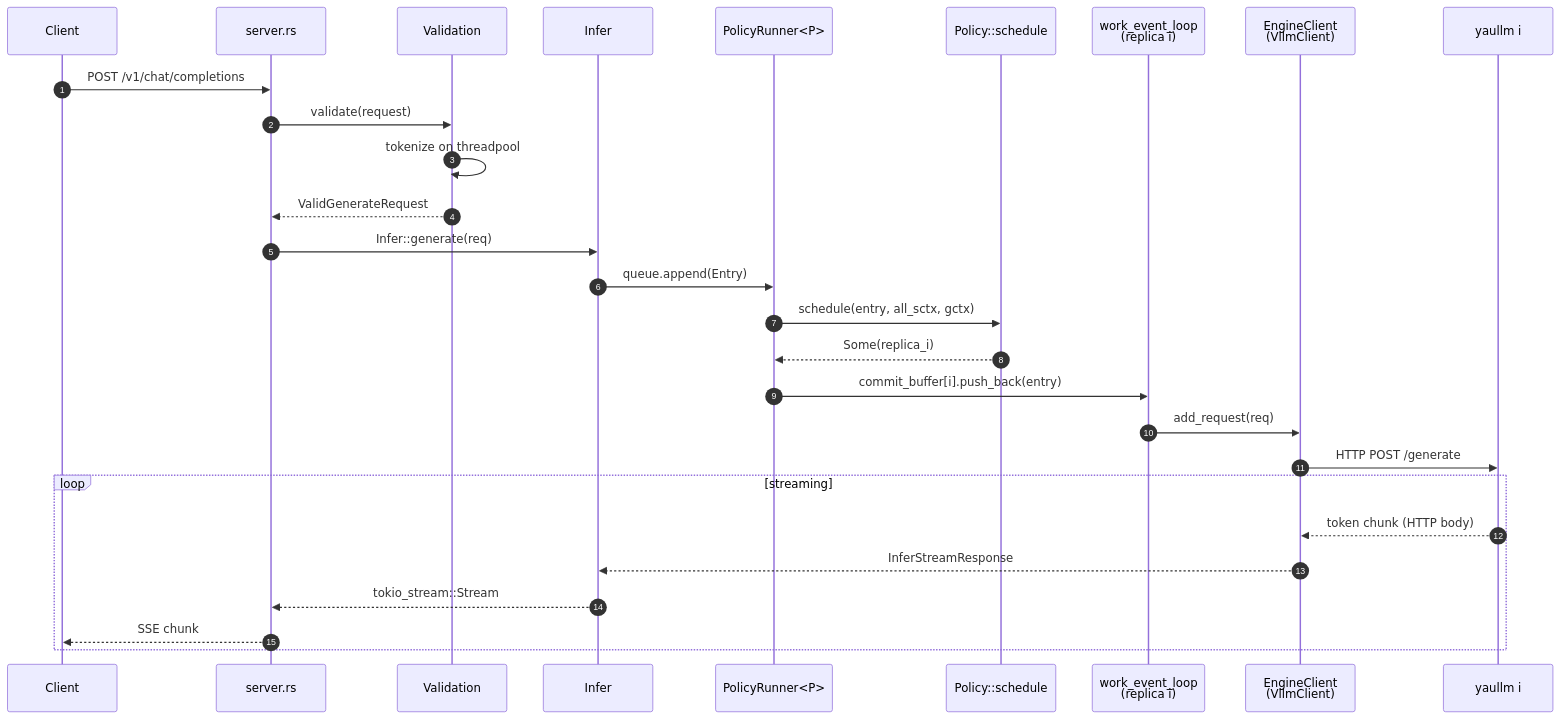
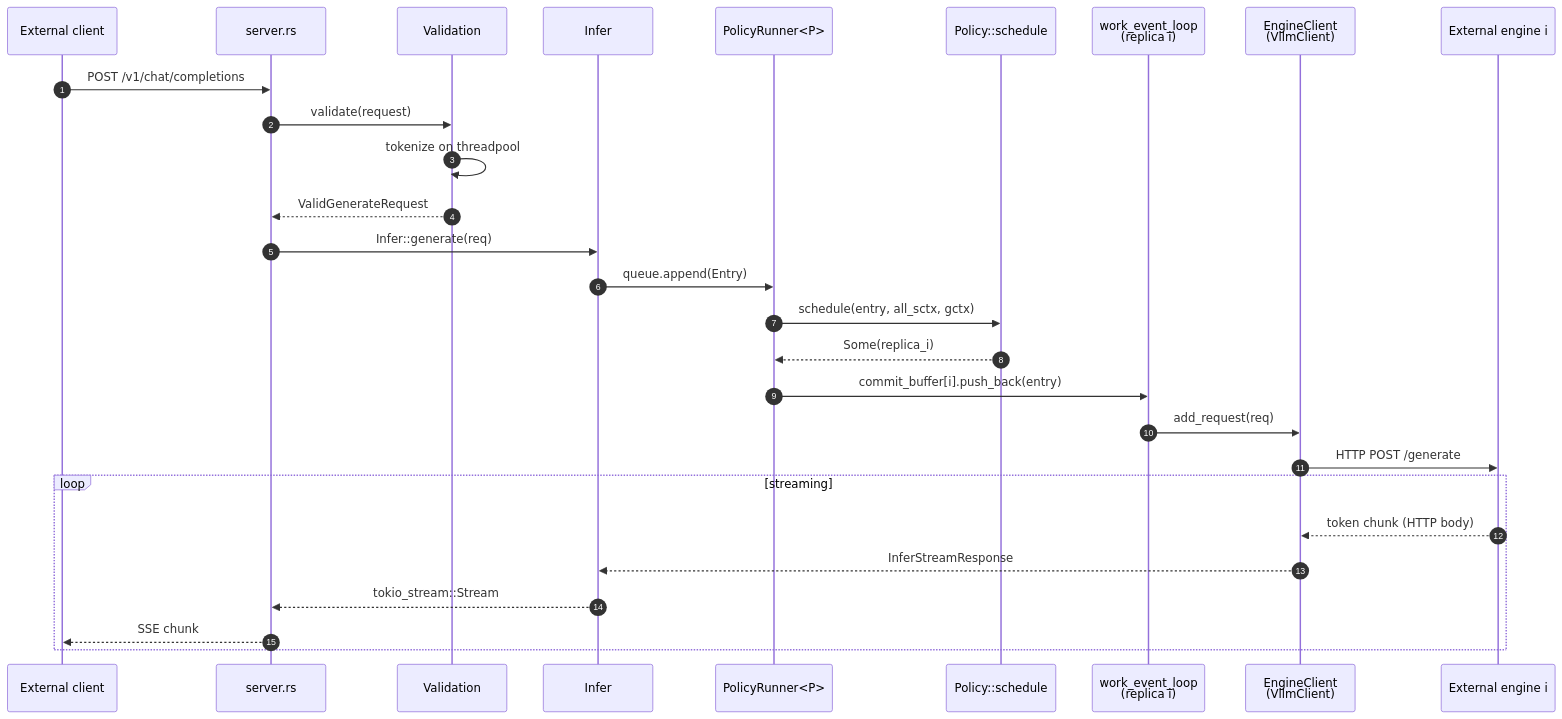
Before and after one commit to blitz-serving/blitz-router: the fourth of 7 diagrams in docs/architecture.md, drawn with Mermaid. The commit also changed other lines of this file, not shown here.

````diff
--- a/docs/architecture.md
+++ b/docs/architecture.md
@@ -141,31 +135,31 @@
 ```mermaid
 sequenceDiagram
     autonumber
-    participant Cl as Client
+    participant Cl as External client
     participant Sv as server.rs
     participant Vl as Validation
     participant If as Infer
     participant Pr as PolicyRunner<P>
     participant Po as Policy::schedule
     participant Wq as work_event_loop<br/>(replica i)
     participant Ec as EngineClient<br/>(VllmClient)
-    participant En as yaullm i
+    participant En as External engine i
 
     Cl->>Sv: POST /v1/chat/completions
     Sv->>Vl: validate(request)
     Vl->>Vl: tokenize on threadpool
     Vl-->>Sv: ValidGenerateRequest
     Sv->>If: Infer::generate(req)
     If->>Pr: queue.append(Entry)
     Pr->>Po: schedule(entry, all_sctx, gctx)
     Po-->>Pr: Some(replica_i)
     Pr->>Wq: commit_buffer[i].push_back(entry)
     Wq->>Ec: add_request(req)
     Ec->>En: HTTP POST /generate
     loop streaming
         En-->>Ec: token chunk (HTTP body)
         Ec-->>If: InferStreamResponse
         If-->>Sv: tokio_stream::Stream
         Sv-->>Cl: SSE chunk
     end
 ```
````
